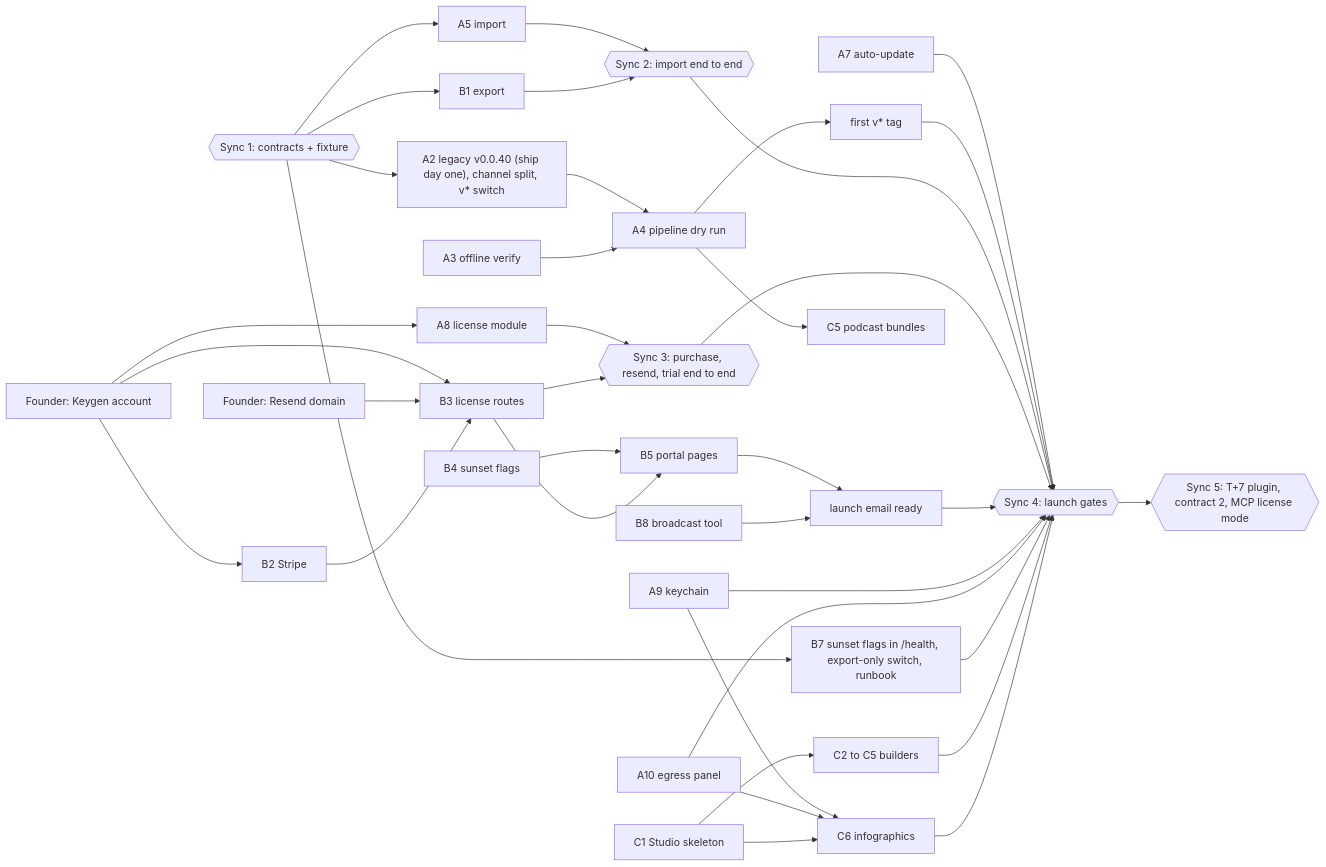
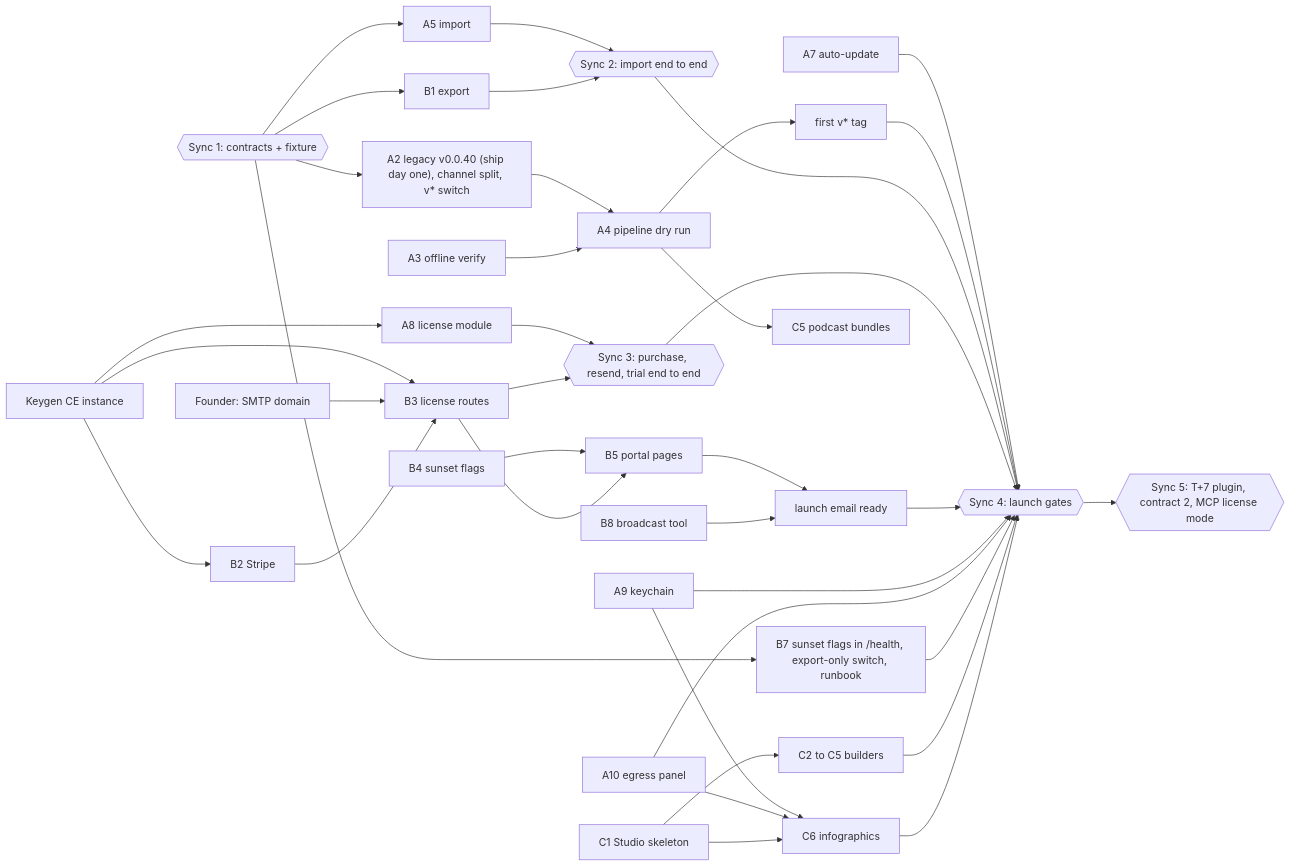
One commit to MODSetter/SurfSense changed the second of 2 diagrams in plans/community-local/00d-pivot-plan.md. Above: the diagram before and after it, drawn with Mermaid. The commit also changed other lines of this file and 9 other files, not shown here.

````diff
--- a/plans/community-local/00d-pivot-plan.md
+++ b/plans/community-local/00d-pivot-plan.md
@@ -164,38 +169,38 @@
 ```mermaid
 flowchart LR
-  Keygen[Founder: Keygen account] --> A8[A8 license module]
+  Keygen[Keygen CE instance] --> A8[A8 license module]
   Keygen --> B2[B2 Stripe]
   Keygen --> B3[B3 license routes]
-  Resend[Founder: Resend domain] --> B3
+  Resend[Founder: SMTP domain] --> B3
   Contracts{{"Sync 1: contracts + fixture"}} --> A5[A5 import]
   Contracts --> B1[B1 export]
   Contracts --> A2["A2 legacy v0.0.40 (ship day one), channel split, v* switch"]
   Contracts --> B7[B7 sunset flags in /health, export-only switch, runbook]
   A2 --> A4[A4 pipeline dry run]
   A3[A3 offline verify] --> A4
   A4 --> Tag[first v* tag]
   A5 --> ImportE2E{{"Sync 2: import end to end"}}
   B1 --> ImportE2E
   A8 --> BuyE2E{{"Sync 3: purchase, resend, trial end to end"}}
   B2 --> B3 --> BuyE2E
   B4[B4 sunset flags] --> B5[B5 portal pages]
   B3 --> B5
   B5 --> LaunchMail[launch email ready]
   B8[B8 broadcast tool] --> LaunchMail
   A9[A9 keychain] --> C6[C6 infographics]
   A10[A10 egress panel] --> C6
   A4 --> C5[C5 podcast bundles]
   C1[C1 Studio skeleton] --> C2[C2 to C5 builders]
   C1 --> C6
   A7[A7 auto-update] --> Gates{{"Sync 4: launch gates"}}
   Tag --> Gates
   ImportE2E --> Gates
   BuyE2E --> Gates
   LaunchMail --> Gates
   A9 --> Gates
   A10 --> Gates
   B7 --> Gates
   C2 --> Gates
   C6 --> Gates
   Gates --> T7{{"Sync 5: T+7 plugin, contract 2, MCP license mode"}}
 ```
````
